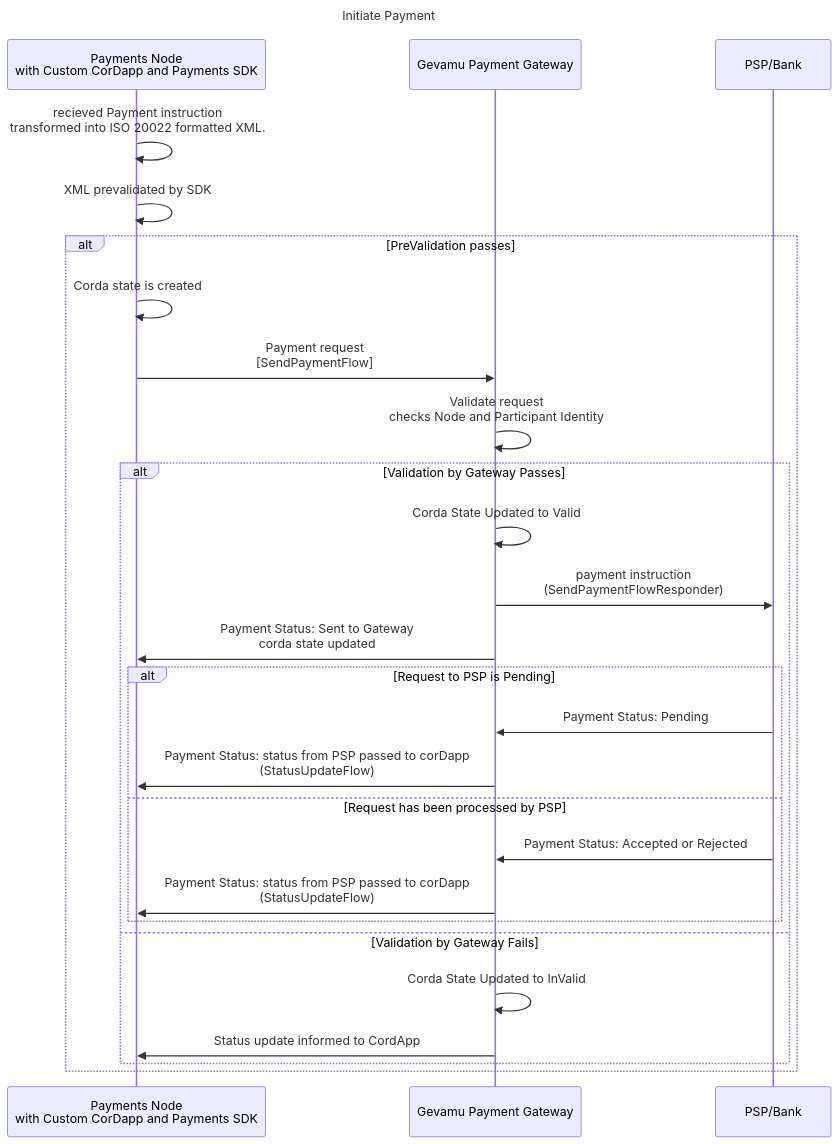
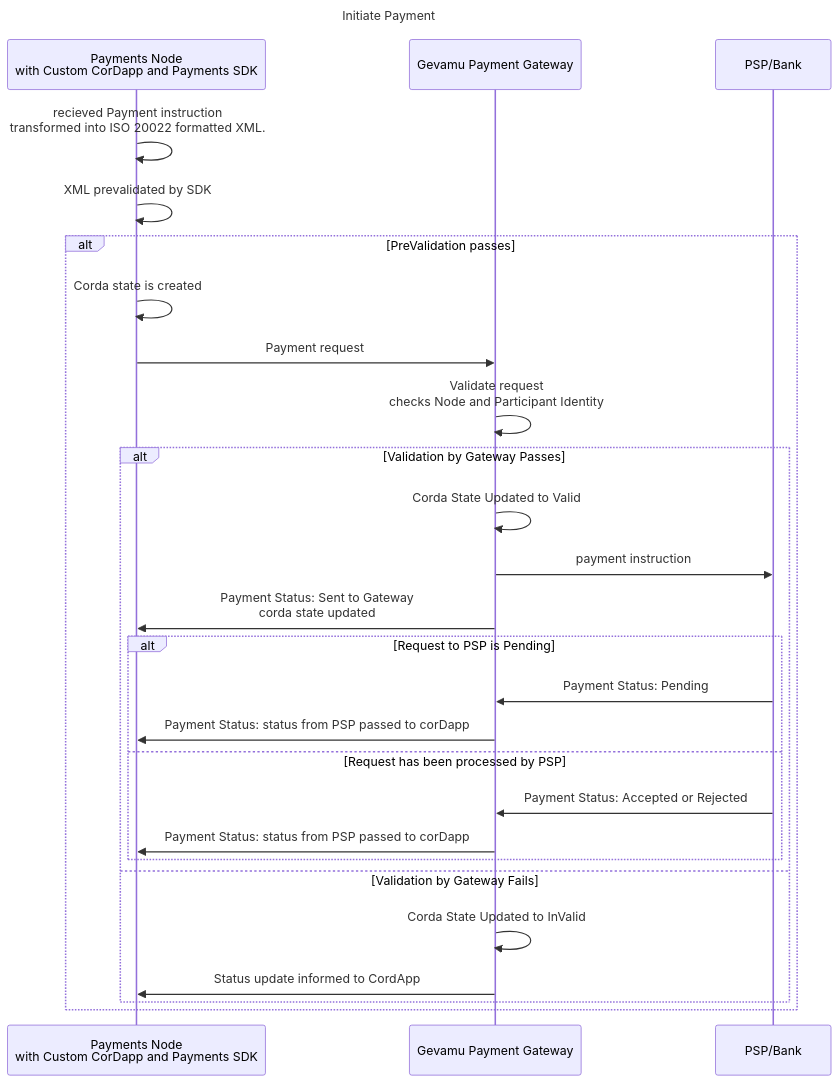
One commit to gevamu/gevamu.github.io changed the diagram in content/3.workflow/4.payment-initiation.md. Above: the diagram before and after it, drawn with Mermaid.

Commit message:
removed flow names

````diff
--- a/content/3.workflow/4.payment-initiation.md
+++ b/content/3.workflow/4.payment-initiation.md
@@ -24,45 +24,45 @@
 ```mermaid
 ---
 title: Initiate Payment
 ---
 sequenceDiagram
     %% Participants
     participant pn as Payments Node <br/> with Custom CorDapp and Payments SDK 
     participant gpg as Gevamu Payment Gateway
     participant psp as PSP/Bank
 
     pn ->> pn: recieved Payment instruction  <br/> transformed into ISO 20022 formatted XML.
     pn ->> pn: XML prevalidated by SDK
 
     %% prevalidation by SDK
     alt PreValidation passes
         pn  ->>  pn: Corda state is created
-        pn  ->> gpg: Payment request <br/>[SendPaymentFlow]
+        pn  ->> gpg: Payment request
         gpg ->> gpg: Validate request <br/> checks Node and Participant Identity
 
         ## validation by Gateway
         alt Validation by Gateway Passes
             gpg ->> gpg: Corda State Updated to Valid
-            gpg ->> psp: payment instruction <br /> (SendPaymentFlowResponder)
+            gpg ->> psp: payment instruction
             gpg ->> pn: Payment Status: Sent to Gateway <br/> corda state updated
 
-            %% immediate decision by PSP
+            %% Pedning Status by PSP
             alt Request to PSP is Pending
                 psp ->> gpg: Payment Status: Pending
-                gpg ->> pn : Payment Status: status from PSP passed to corDapp <br/> (StatusUpdateFlow)
+                gpg ->> pn : Payment Status: status from PSP passed to corDapp
             
             else Request has been processed by PSP
                 psp ->> gpg: Payment Status:  Accepted or Rejected
-                gpg ->> pn : Payment Status: status from PSP passed to corDapp <br/> (StatusUpdateFlow)
+                gpg ->> pn : Payment Status: status from PSP passed to corDapp 
 
             end
 
         %% validation by gateway fails
         else Validation by Gateway Fails
             gpg ->> gpg: Corda State Updated to InValid
             gpg ->> pn : Status update informed to CordApp
 
         end
             
     end
 ```
````
